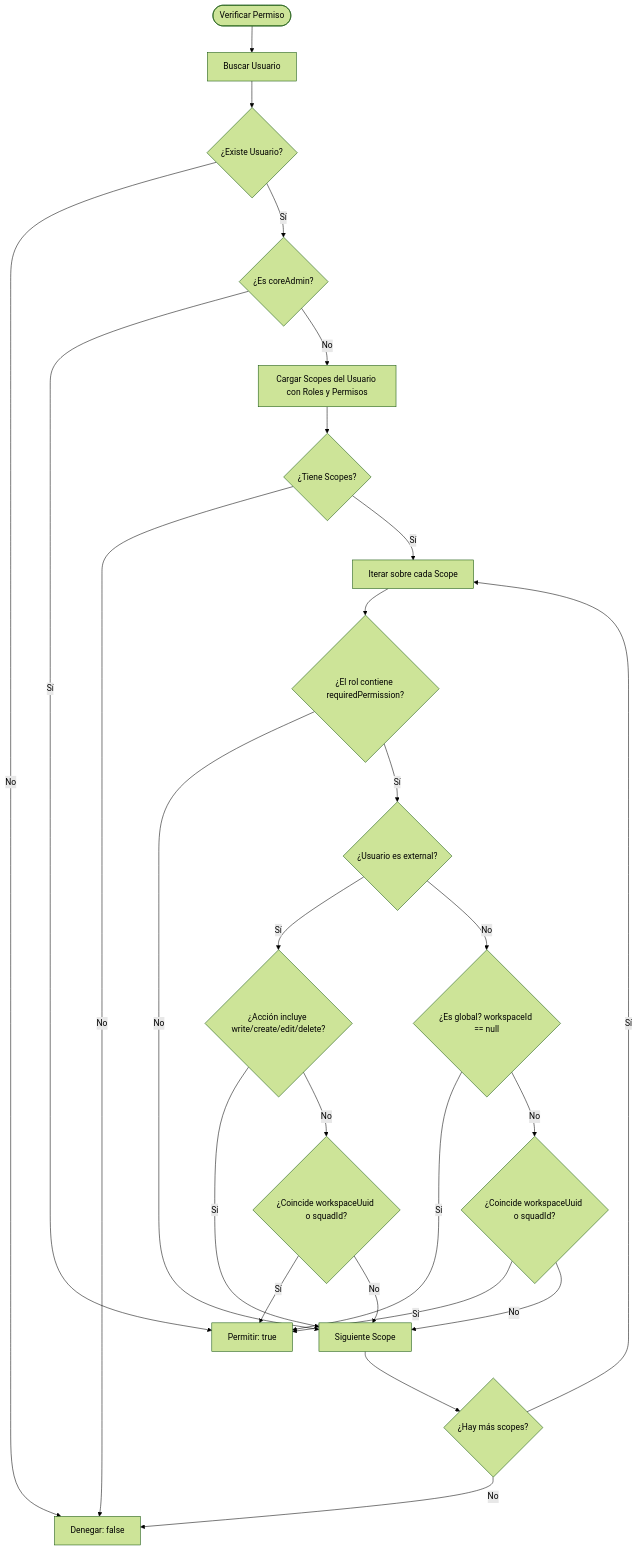
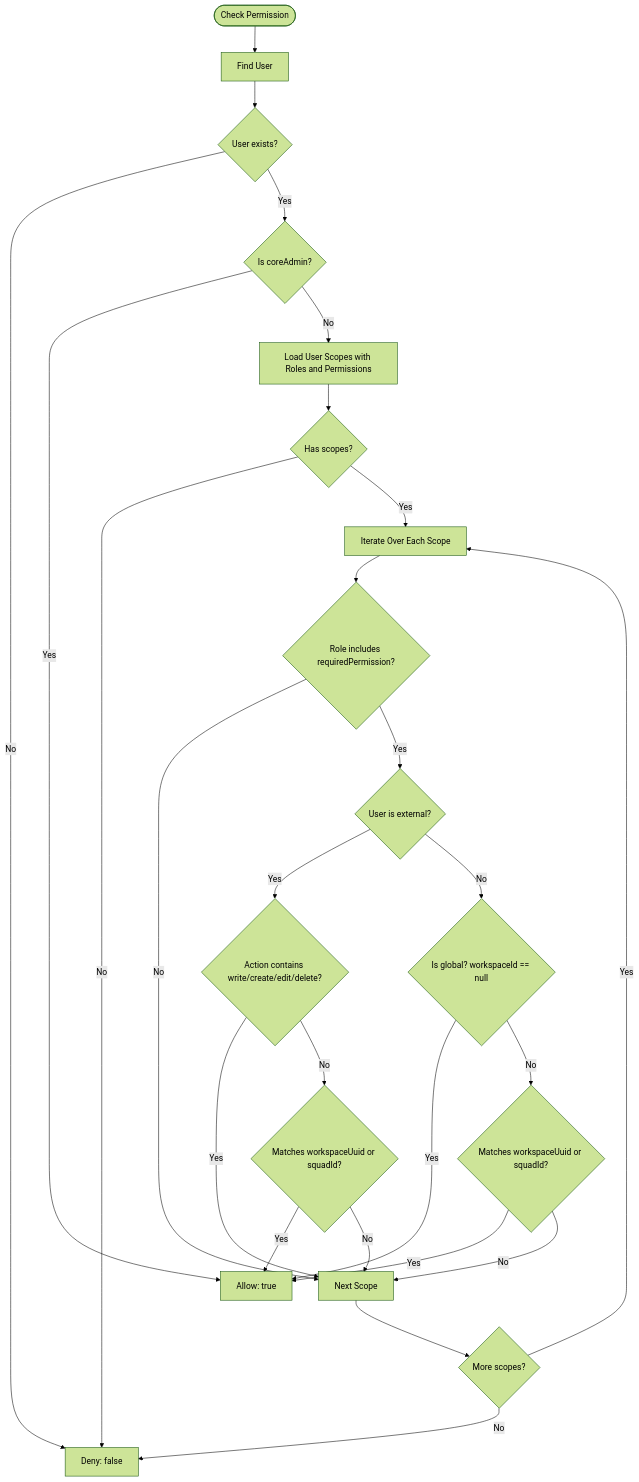
Before and after one commit to perseide-dev/openrubberdocks: the diagram in docs/permissions-system-guide.md, drawn with Mermaid (forest theme). The commit also changed other lines of this file, not shown here.

````diff
--- a/docs/permissions-system-guide.md
+++ b/docs/permissions-system-guide.md
@@ -111,34 +111,34 @@
 ```mermaid
 flowchart TD
-    Start([Verificar Permiso]) --> FindUser[Buscar Usuario]
-    FindUser --> UserExists{¿Existe Usuario?}
-    UserExists -- No --> Deny[Denegar: false]
-    UserExists -- Sí --> IsCoreAdmin{¿Es coreAdmin?}
+    Start([Check Permission]) --> FindUser[Find User]
+    FindUser --> UserExists{User exists?}
+    UserExists -- No --> Deny[Deny: false]
+    UserExists -- Yes --> IsCoreAdmin{Is coreAdmin?}
     
-    IsCoreAdmin -- Sí --> Allow[Permitir: true]
-    IsCoreAdmin -- No --> FetchScopes[Cargar Scopes del Usuario con Roles y Permisos]
+    IsCoreAdmin -- Yes --> Allow[Allow: true]
+    IsCoreAdmin -- No --> FetchScopes[Load User Scopes with Roles and Permissions]
     
-    FetchScopes --> HasScopes{¿Tiene Scopes?}
+    FetchScopes --> HasScopes{Has scopes?}
     HasScopes -- No --> Deny
-    HasScopes -- Sí --> LoopScopes[Iterar sobre cada Scope]
+    HasScopes -- Yes --> LoopScopes[Iterate Over Each Scope]
     
-    LoopScopes --> MatchAction{¿El rol contiene requiredPermission?}
-    MatchAction -- No --> NextScope[Siguiente Scope]
-    MatchAction -- Sí --> IsExternal{¿Usuario es external?}
+    LoopScopes --> MatchAction{Role includes requiredPermission?}
+    MatchAction -- No --> NextScope[Next Scope]
+    MatchAction -- Yes --> IsExternal{User is external?}
     
-    IsExternal -- Sí --> IsMutation{¿Acción incluye write/create/edit/delete?}
-    IsMutation -- Sí --> NextScope
-    IsMutation -- No --> MatchWorkspaceExt{¿Coincide workspaceUuid o squadId?}
-    MatchWorkspaceExt -- Sí --> Allow
+    IsExternal -- Yes --> IsMutation{Action contains write/create/edit/delete?}
+    IsMutation -- Yes --> NextScope
+    IsMutation -- No --> MatchWorkspaceExt{Matches workspaceUuid or squadId?}
+    MatchWorkspaceExt -- Yes --> Allow
     MatchWorkspaceExt -- No --> NextScope
     
-    IsExternal -- No --> IsGlobalInternal{¿Es global? workspaceId == null}
-    IsGlobalInternal -- Sí --> Allow
-    IsGlobalInternal -- No --> MatchWorkspaceInt{¿Coincide workspaceUuid o squadId?}
-    MatchWorkspaceInt -- Sí --> Allow
+    IsExternal -- No --> IsGlobalInternal{Is global? workspaceId == null}
+    IsGlobalInternal -- Yes --> Allow
+    IsGlobalInternal -- No --> MatchWorkspaceInt{Matches workspaceUuid or squadId?}
+    MatchWorkspaceInt -- Yes --> Allow
     MatchWorkspaceInt -- No --> NextScope
     
-    NextScope --> MoreScopes{¿Hay más scopes?}
-    MoreScopes -- Sí --> LoopScopes
+    NextScope --> MoreScopes{More scopes?}
+    MoreScopes -- Yes --> LoopScopes
     MoreScopes -- No --> Deny
 ```
````
